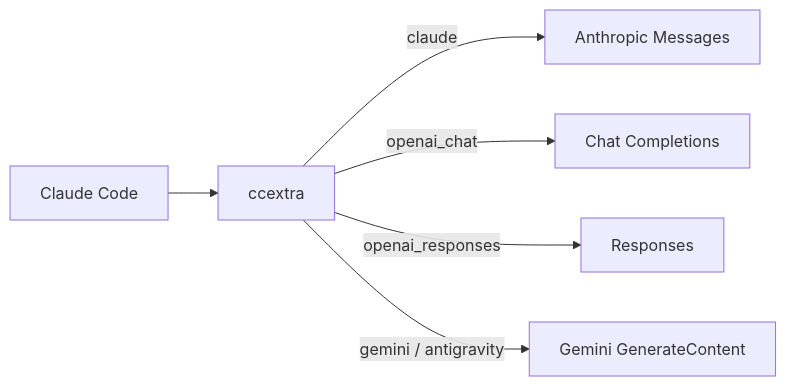
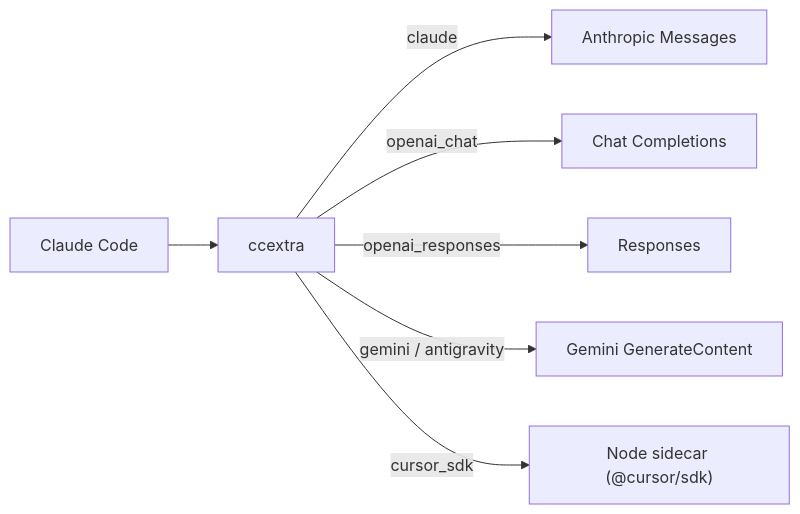
One commit to knoxwh/ccextra changed the diagram in README.en.md. Above: the diagram before and after it, drawn with Mermaid. The commit also changed other lines of this file and 44 other files, not shown here.

Commit message:
feat(cursor): add SDK sidecar integration

````diff
--- a/README.en.md
+++ b/README.en.md
@@ -45,8 +45,9 @@
 ```mermaid
 flowchart LR
     CC["Claude Code"] --> P["ccextra"]
     P -->|claude| A["Anthropic Messages"]
     P -->|openai_chat| B["Chat Completions"]
     P -->|openai_responses| C["Responses"]
     P -->|gemini / antigravity| D["Gemini GenerateContent"]
+    P -->|cursor_sdk| E["Node sidecar (@cursor/sdk)"]
 ```
````
